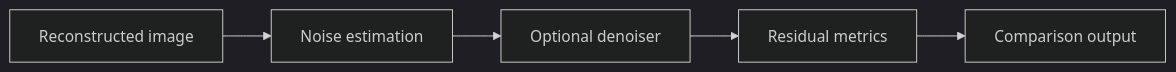
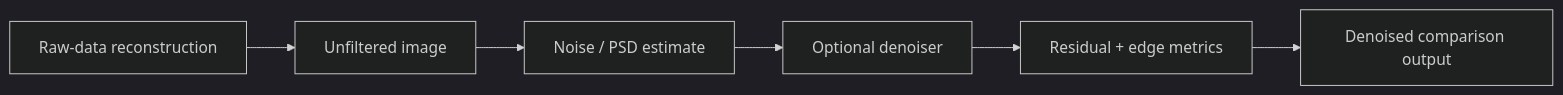
Before and after one commit to BennyZhang-Codes/tse-pulseq-matlab: the diagram in docs/guide/denoising.md, drawn with Mermaid (dark theme). The commit also changed other lines of this file, not shown here.

Commit message:
docs: complete optional denoising provenance and citations

````diff
--- a/docs/guide/denoising.md
+++ b/docs/guide/denoising.md
@@ -28,7 +27,8 @@
 ```mermaid
 flowchart LR
-    A[Reconstructed image] --> B[Noise estimation]
-    B --> C[Optional denoiser]
-    C --> D[Residual metrics]
-    D --> E[Comparison output]
+    A[Raw-data reconstruction] --> B[Unfiltered image]
+    B --> C[Noise / PSD estimate]
+    C --> D[Optional denoiser]
+    D --> E[Residual + edge metrics]
+    E --> F[Denoised comparison output]
 ```
````
